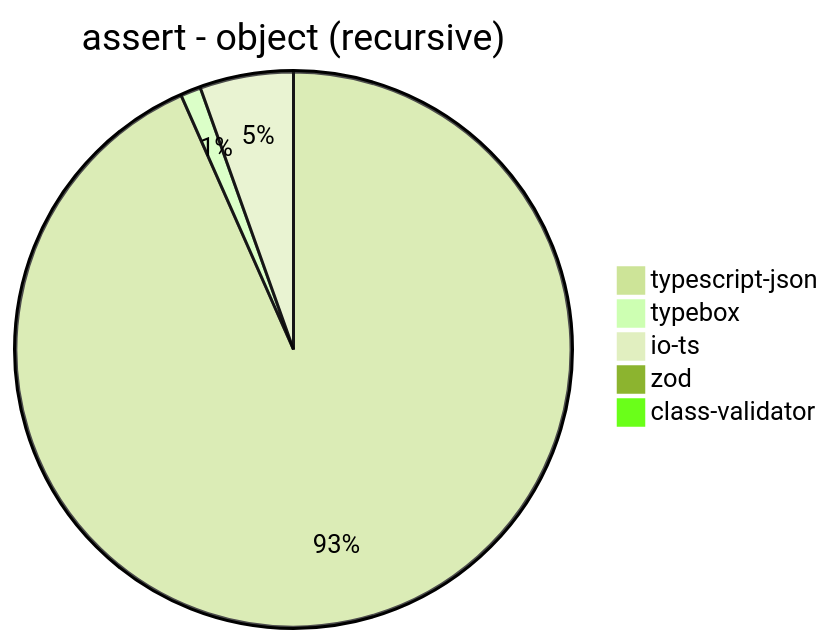
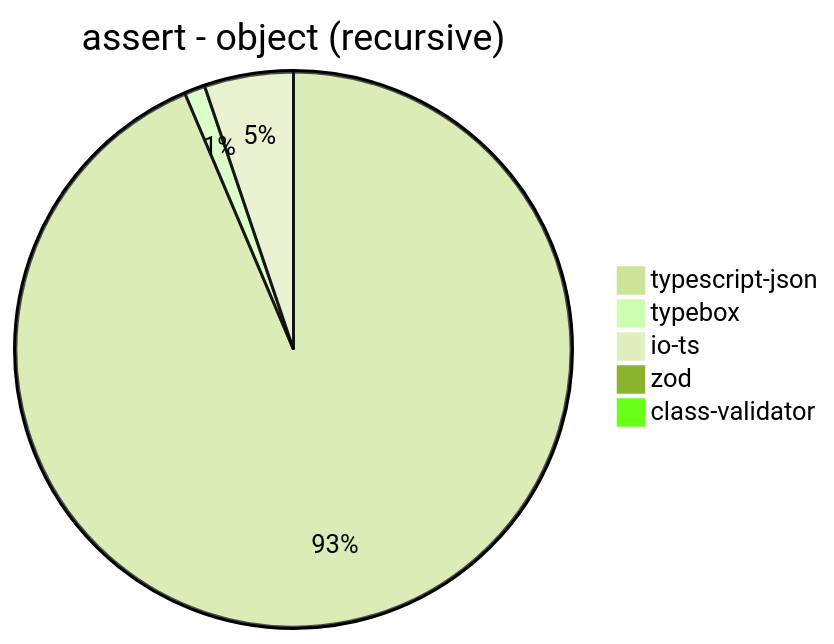
Before and after one commit to samchon/typia: the tenth of 39 diagrams in benchmark/results/AMD Ryzen 7 5800H with Radeon Graphics.md, drawn with Mermaid (forest theme). The commit also changed other lines of this file and 3 other files, not shown here.

````diff
--- a/benchmark/results/AMD Ryzen 7 5800H with Radeon Graphics.md
+++ b/benchmark/results/AMD Ryzen 7 5800H with Radeon Graphics.md
@@ -136,8 +136,8 @@
 ```mermaid
 pie title assert - object (recursive)
-  "typescript-json": 30918.894670733895
-  "typebox": 391.7432846583739
-  "io-ts": 1802.4759793052476
-  "zod": 70.17543859649123
-  "class-validator": 37.92341678939617
+  "typescript-json": 29390.99526066351
+  "typebox": 377.8767631774313
+  "io-ts": 1626.3815908679107
+  "zod": 66.09300622482607
+  "class-validator": 35.620547431571055
 ```
````
